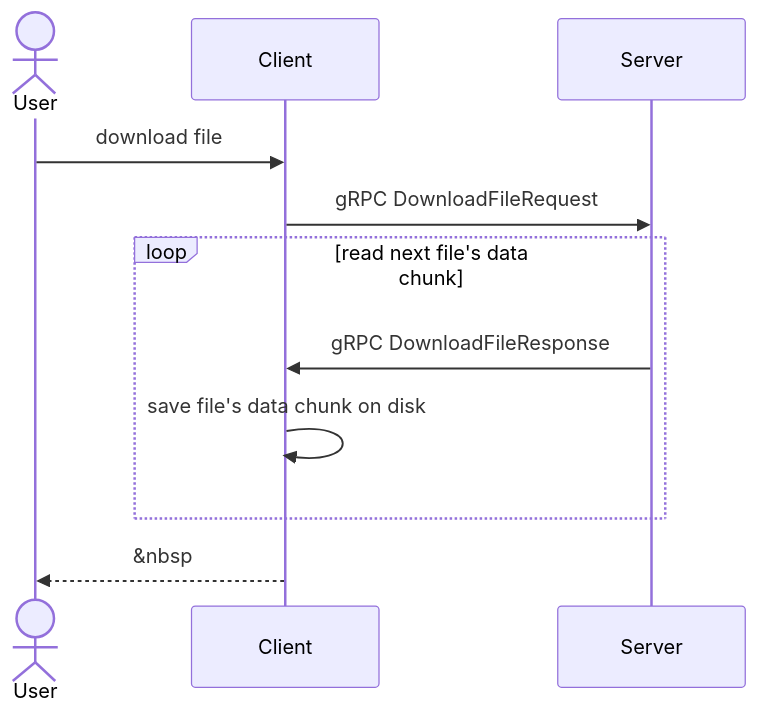
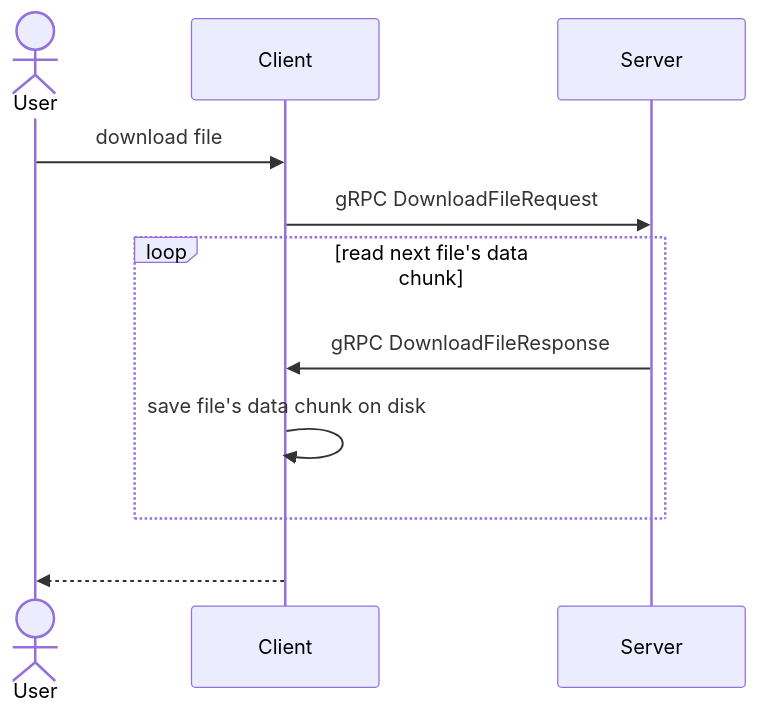
The second of 3 diagrams in README.md (optimumood/grpc-file-transfer-rust), drawn with Mermaid before and after one commit. The commit also changed other lines of this file, not shown here.

````diff
--- a/README.md
+++ b/README.md
@@ -151,13 +151,13 @@
 ```mermaid
 sequenceDiagram
   actor User
   participant Client
   participant Server
   User ->> Client: download file
   Client ->> Server: gRPC DownloadFileRequest
   loop read next file's data chunk
     Server ->> Client: gRPC DownloadFileResponse
     Client ->> Client: save file's data chunk on disk
   end
-  Client -->> User:&nbsp;
+  Client -->> User:#nbsp;
 ```
````
